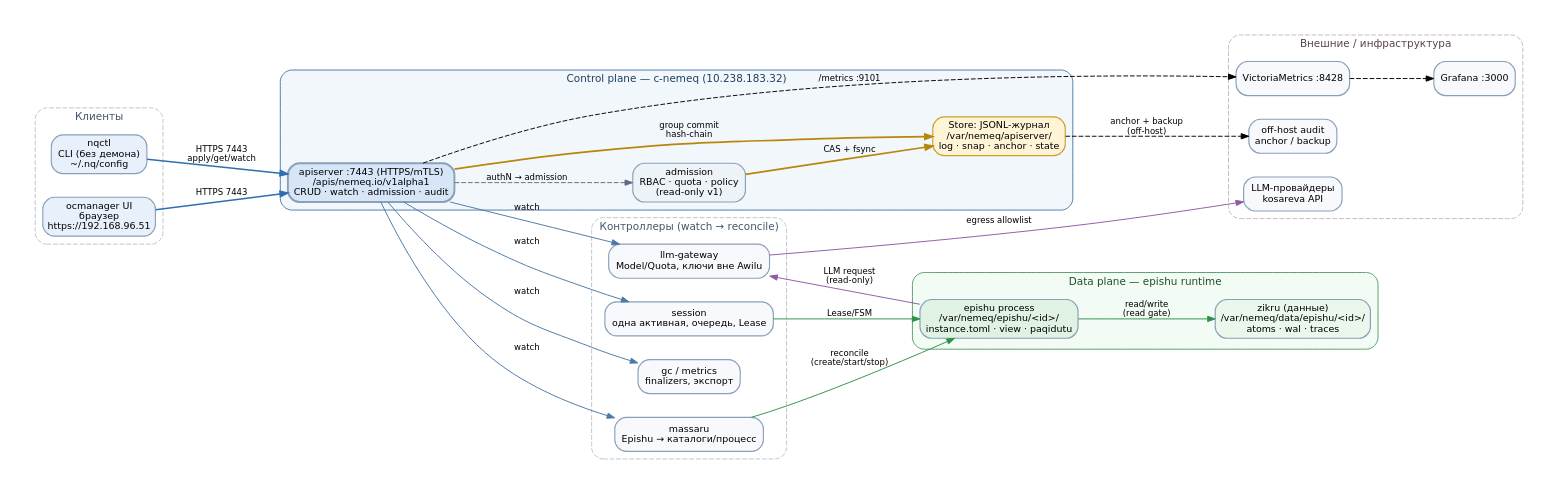
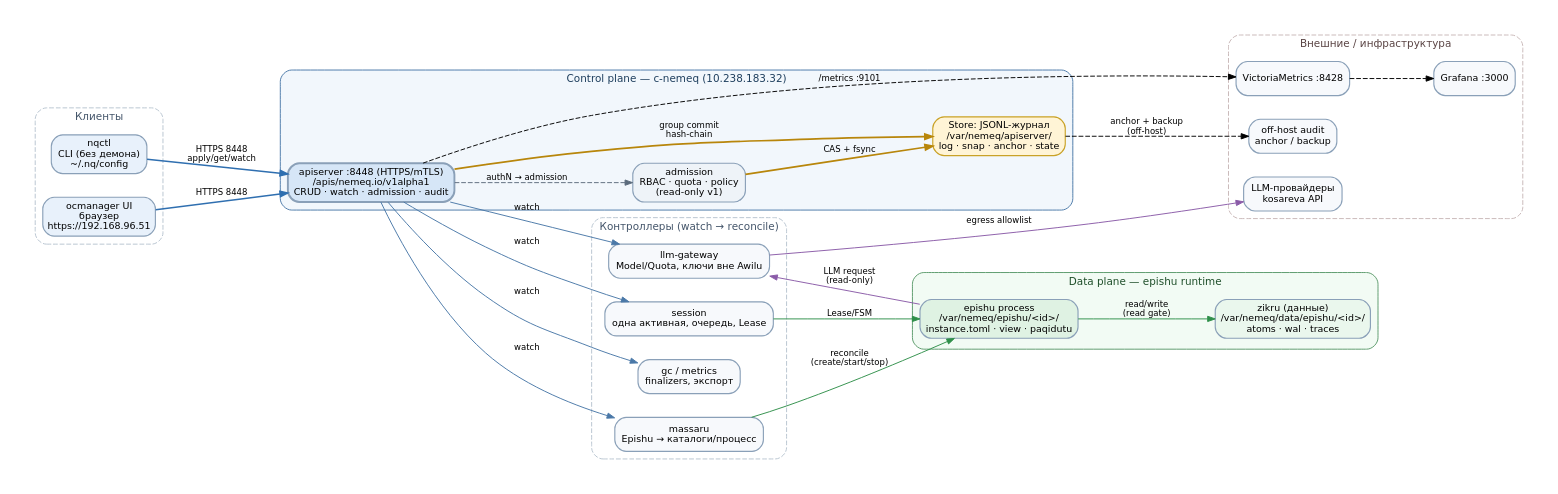
The diagram in docs/architecture/nemeq_services.dot (nemeq-project/nemeq-core), drawn with Graphviz before and after one commit. The commit also changed 2 other files, not shown here.

Commit message:
docs: apiserver port 8448 (owner decision), diagram updated

```diff
--- a/docs/architecture/nemeq_services.dot
+++ b/docs/architecture/nemeq_services.dot
@@ -1,59 +1,59 @@
 digraph Nemeq {
   rankdir=LR;
   graph [fontname="DejaVu Sans", fontsize=11, bgcolor="white", pad=0.3, nodesep=0.35, ranksep=0.9, compound=true];
   node  [fontname="DejaVu Sans", fontsize=10, shape=box, style="rounded,filled", fillcolor="#f7f9fc", color="#8aa0b8", penwidth=1.2];
   edge  [fontname="DejaVu Sans", fontsize=9, color="#5b6b7c", arrowsize=0.8];
 
   subgraph cluster_clients {
     label="Клиенты"; style="rounded,dashed"; color="#b8c4d0"; fontcolor="#44556a";
     nqctl [label="nqctl\nCLI (без демона)\n~/.nq/config", fillcolor="#e8f1fb"];
     ui    [label="ocmanager UI\nбраузер\nhttps://192.168.96.51", fillcolor="#e8f1fb"];
   }
 
   subgraph cluster_cp {
     label="Control plane — c-nemeq (10.238.183.32)"; style="rounded"; color="#4a78a8"; fontcolor="#1f3f5e"; bgcolor="#f2f7fc";
-    api [label="apiserver :7443 (HTTPS/mTLS)\n/apis/nemeq.io/v1alpha1\nCRUD · watch · admission · audit", fillcolor="#d6e6f7", penwidth=2];
+    api [label="apiserver :8448 (HTTPS/mTLS)\n/apis/nemeq.io/v1alpha1\nCRUD · watch · admission · audit", fillcolor="#d6e6f7", penwidth=2];
     store [label="Store: JSONL-журнал\n/var/nemeq/apiserver/\nlog · snap · anchor · state", fillcolor="#fff4d6", color="#c9a227"];
     adm [label="admission\nRBAC · quota · policy\n(read-only v1)", fillcolor="#eef3f8"];
   }
 
   subgraph cluster_ctrl {
     label="Контроллеры (watch → reconcile)"; style="rounded,dashed"; color="#b8c4d0"; fontcolor="#44556a";
     massaru [label="massaru\nEpishu → каталоги/процесс"];
     sess    [label="session\nодна активная, очередь, Lease"];
     gw      [label="llm-gateway\nModel/Quota, ключи вне Awilu"];
     gc      [label="gc / metrics\nfinalizers, экспорт"];
   }
 
   subgraph cluster_dp {
     label="Data plane — epishu runtime"; style="rounded"; color="#5a9a6a"; fontcolor="#1f4f2a"; bgcolor="#f2fbf4";
     epi [label="epishu process\n/var/nemeq/epishu/<id>/\ninstance.toml · view · paqidutu", fillcolor="#dff2e3"];
     zikru [label="zikru (данные)\n/var/nemeq/data/epishu/<id>/\natoms · wal · traces", fillcolor="#eaf7ed"];
   }
 
   subgraph cluster_ext {
     label="Внешние / инфраструктура"; style="rounded,dashed"; color="#c8b8b8"; fontcolor="#5a4444";
     prov [label="LLM-провайдеры\nkosareva API"];
     vm   [label="VictoriaMetrics :8428"];
     graf [label="Grafana :3000"];
     obs  [label="off-host audit\nanchor / backup"];
   }
 
-  nqctl -> api [label="HTTPS 7443\napply/get/watch", color="#2f6fb0", penwidth=1.6];
-  ui    -> api [label="HTTPS 7443", color="#2f6fb0", penwidth=1.6];
+  nqctl -> api [label="HTTPS 8448\napply/get/watch", color="#2f6fb0", penwidth=1.6];
+  ui    -> api [label="HTTPS 8448", color="#2f6fb0", penwidth=1.6];
   api   -> adm [label="authN → admission", style=dashed];
   adm   -> store [label="CAS + fsync", color="#b8860b", penwidth=1.8];
   api   -> store [label="group commit\nhash-chain", color="#b8860b", penwidth=1.8];
   api   -> massaru [label="watch", color="#4a78a8"];
   api   -> sess    [label="watch", color="#4a78a8"];
   api   -> gw      [label="watch", color="#4a78a8"];
   api   -> gc      [label="watch", color="#4a78a8"];
   massaru -> epi [label="reconcile\n(create/start/stop)", color="#2f8f4a"];
   sess    -> epi [label="Lease/FSM", color="#2f8f4a"];
   epi     -> zikru [label="read/write\n(read gate)", color="#2f8f4a"];
   epi     -> gw [label="LLM request\n(read-only)", color="#8a5aa8"];
   gw      -> prov [label="egress allowlist", color="#8a5aa8"];
   api     -> vm [label="/metrics :9101", style=dashed, color="#777"];
   vm      -> graf [style=dashed, color="#777"];
   store   -> obs [label="anchor + backup\n(off-host)", style=dashed, color="#999"];
 }
```
